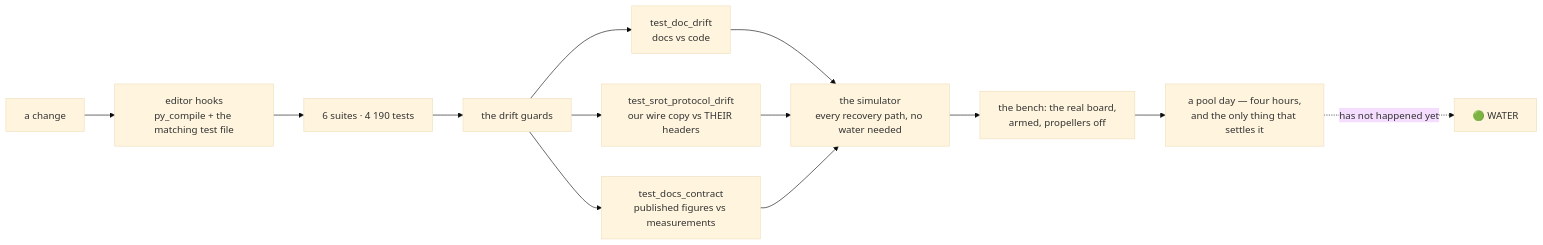
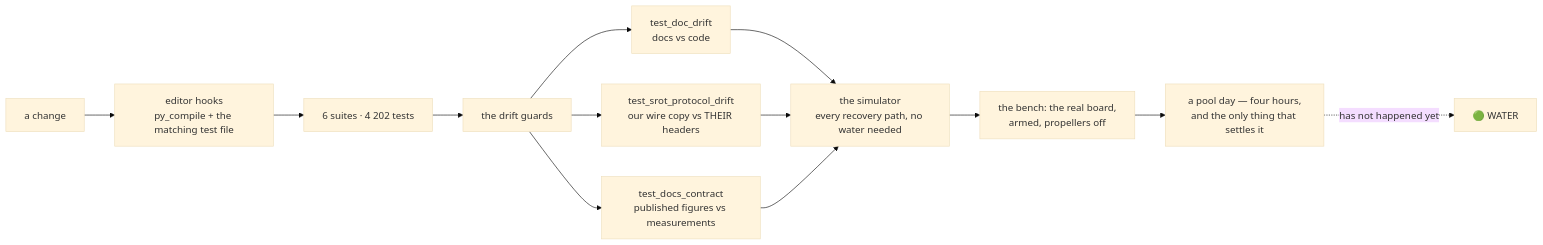
The ninth of 10 diagrams in README.md (fh1m/mongla_ws), drawn with Mermaid (base theme) before and after one commit. The commit also changed other lines of this file and 6 other files, not shown here.

````diff
--- a/README.md
+++ b/README.md
@@ -752,15 +752,15 @@
 ```mermaid
 flowchart LR
     DEV["a change"] --> HOOK["editor hooks<br/>py_compile + the matching test file"]
-    HOOK --> UNIT["6 suites · 4 190 tests"]
+    HOOK --> UNIT["6 suites · 4 202 tests"]
     UNIT --> GUARD["the drift guards"]
     GUARD --> G1["test_doc_drift<br/>docs vs code"]
     GUARD --> G2["test_srot_protocol_drift<br/>our wire copy vs THEIR headers"]
     GUARD --> G3["test_docs_contract<br/>published figures vs measurements"]
     G1 --> SIM["the simulator<br/>every recovery path, no water needed"]
     G2 --> SIM
     G3 --> SIM
     SIM --> BENCH["the bench: the real board,<br/>armed, propellers off"]
     BENCH --> POOL["a pool day — four hours,<br/>and the only thing that settles it"]
     POOL -.->|"has not happened yet"| WATER["🟢 WATER"]
 ```
````
